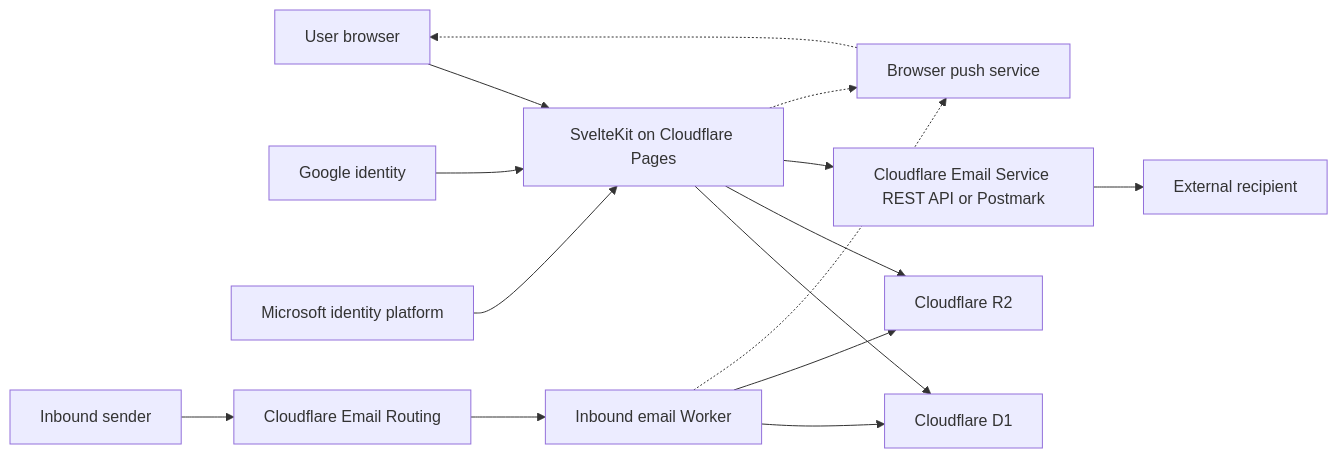
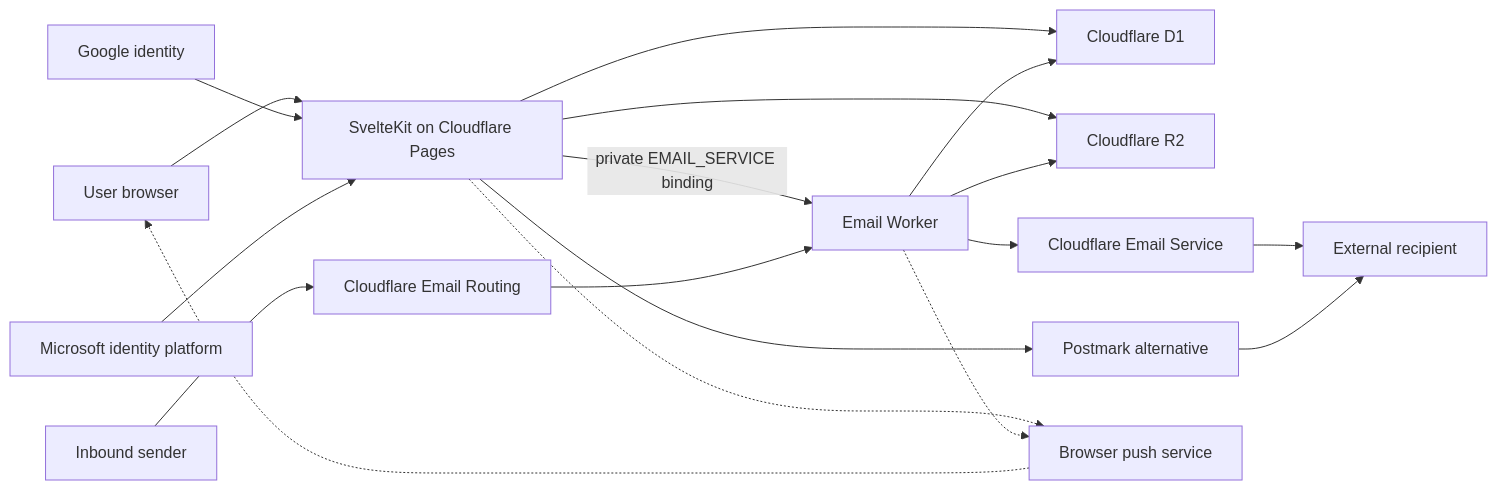
One commit to Rob142857/cmail changed the diagram in docs/architecture.md. Above: the diagram before and after it, drawn with Mermaid. The commit also changed other lines of this file and 69 other files, not shown here.

````diff
--- a/docs/architecture.md
+++ b/docs/architecture.md
@@ -6,17 +6,20 @@
 ```mermaid
 flowchart LR
   browser["User browser"] --> pages["SvelteKit on Cloudflare Pages"]
   google["Google identity"] --> pages
   microsoft["Microsoft identity platform"] --> pages
   pages --> d1["Cloudflare D1"]
   pages --> r2["Cloudflare R2"]
-  pages --> outbound["Cloudflare Email Service REST API or Postmark"]
-  outbound --> recipient["External recipient"]
+  pages -->|"private EMAIL_SERVICE binding"| worker["Email Worker"]
+  worker --> cloudflare["Cloudflare Email Service"]
+  pages --> postmark["Postmark alternative"]
+  cloudflare --> recipient["External recipient"]
+  postmark --> recipient
   pages -.-> push["Browser push service"]
   sender["Inbound sender"] --> routing["Cloudflare Email Routing"]
-  routing --> worker["Inbound email Worker"]
+  routing --> worker
   worker --> d1
   worker --> r2
   worker -.-> push
   push -.-> browser
 ```
````
